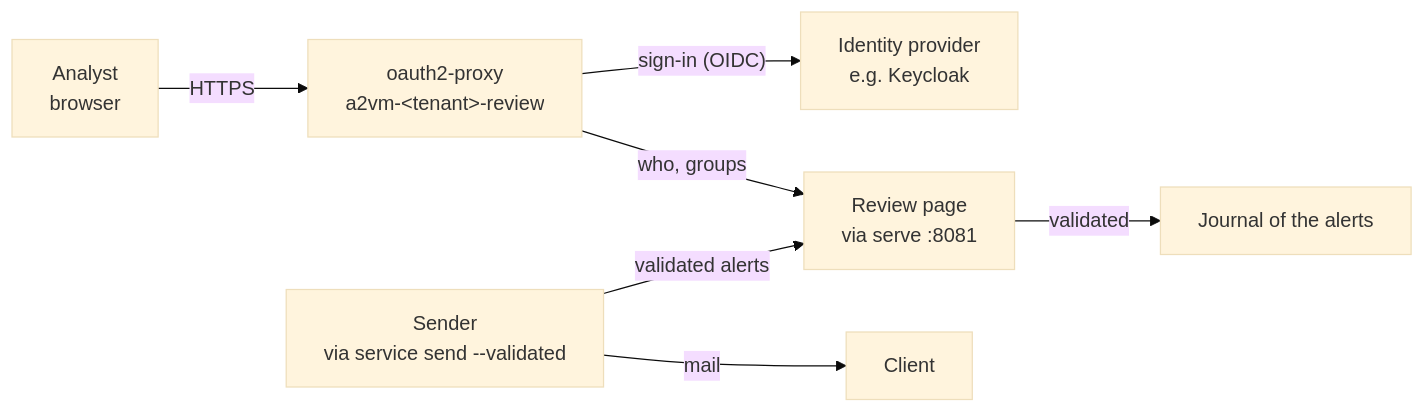
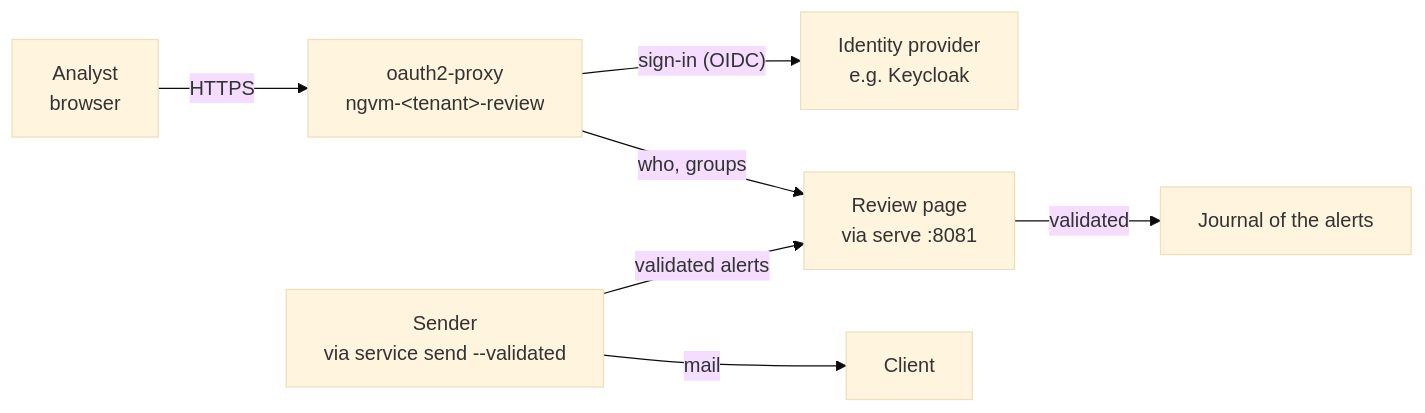
One commit to sylf74/a2vm changed the diagram in docs/sign-in.md. Above: the diagram before and after it, drawn with Mermaid (base theme). The commit also changed other lines of this file and 453 other files, not shown here.

````diff
--- a/docs/sign-in.md
+++ b/docs/sign-in.md
@@ -15,9 +15,9 @@
 ```mermaid
 flowchart LR
-  analyst["Analyst<br/>browser"] -- "HTTPS" --> proxy["oauth2-proxy<br/>a2vm-&lt;tenant&gt;-review"]
+  analyst["Analyst<br/>browser"] -- "HTTPS" --> proxy["oauth2-proxy<br/>ngvm-&lt;tenant&gt;-review"]
   proxy -- "sign-in (OIDC)" --> idp["Identity provider<br/>e.g. Keycloak"]
   proxy -- "who, groups" --> page["Review page<br/>via serve :8081"]
   page -- "validated" --> journal["Journal of the alerts"]
   sender["Sender<br/>via service send --validated"] -- "validated alerts" --> page
   sender -- "mail" --> client["Client"]
 ```
````
